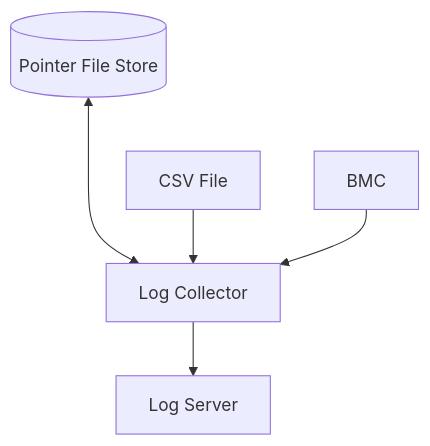
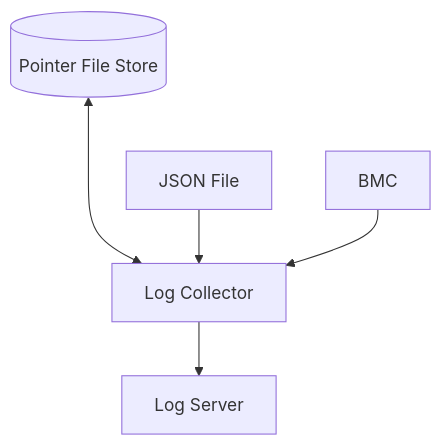
The diagram in bmc-log-collector/docs/design.md (cybozu/neco-containers), drawn with Mermaid before and after one commit. The commit also changed other lines of this file, not shown here.

````diff
--- a/bmc-log-collector/docs/design.md
+++ b/bmc-log-collector/docs/design.md
@@ -19,7 +19,7 @@
 ```mermaid
 flowchart TB
   PS[(Pointer File Store)] <---> LC 
-  CF[CSV File]-->LC[Log Collector]
+  CF[JSON File]-->LC[Log Collector]
   BMC[BMC]-->LC
   LC-->LS[Log Server]
 ```
````
